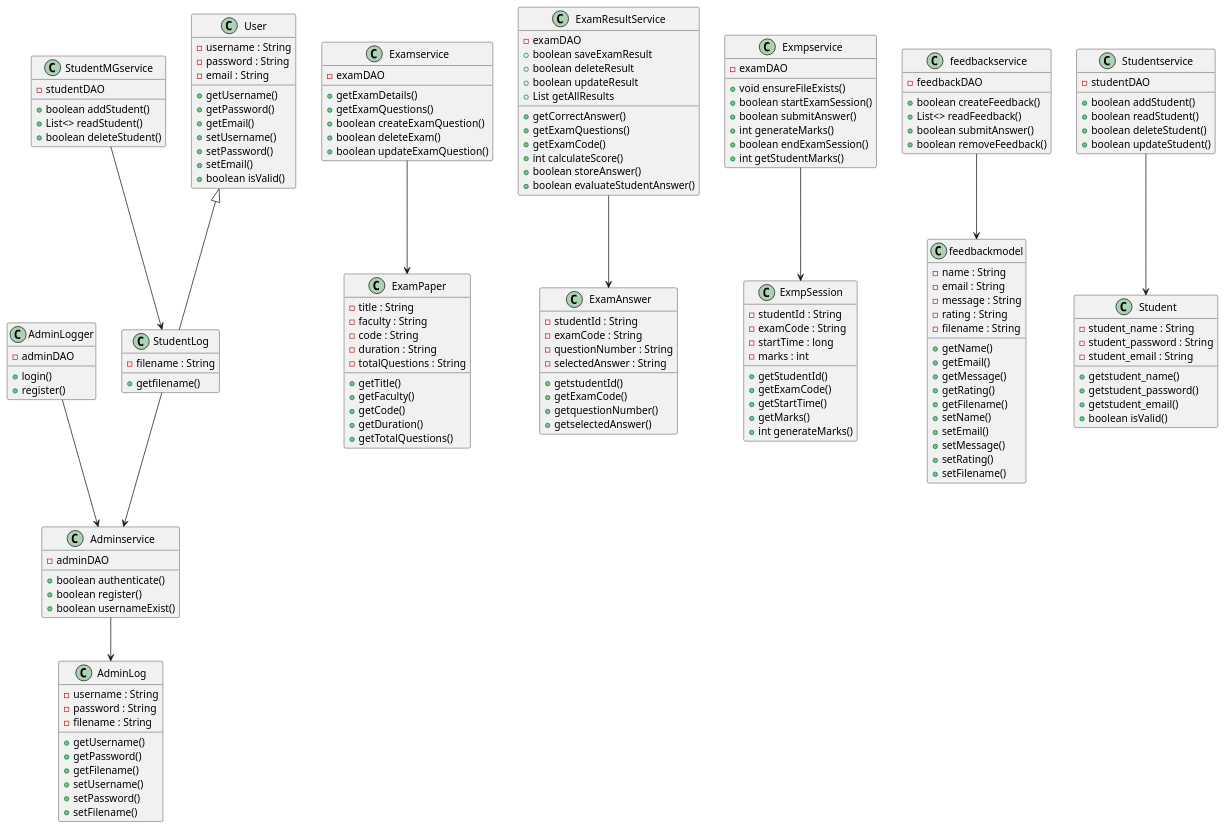
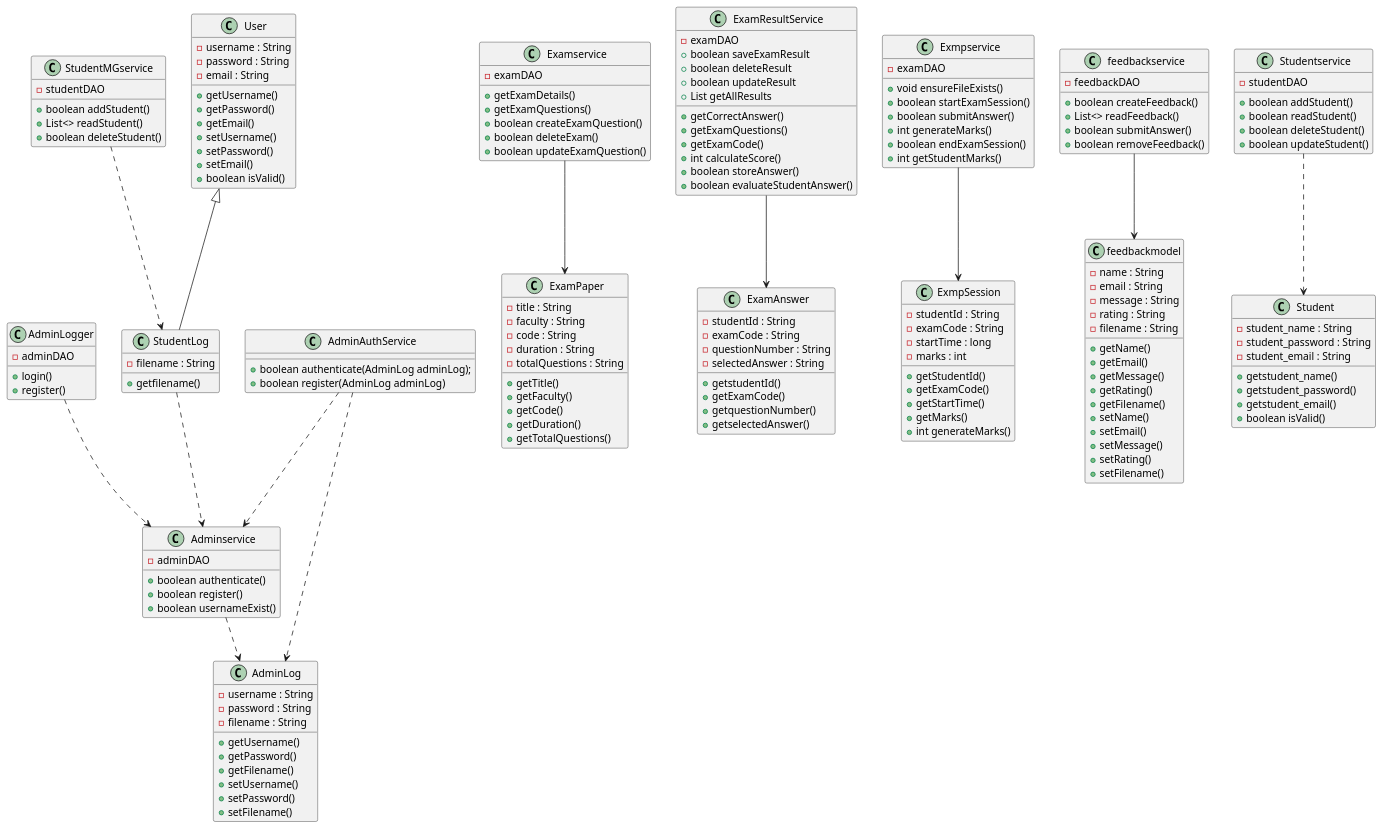
Before and after one commit to Pasindu-Vihanga/online-examination-result-management: the diagram in src/main/java/com/jsp/exam/Class Diagram2.puml, drawn with PlantUML. The commit also changed 3 other files, not shown here.

Commit message:
Class diagram created

```diff
--- a/src/main/java/com/jsp/exam/Class Diagram2.puml
+++ b/src/main/java/com/jsp/exam/Class Diagram2.puml
@@ -1,193 +1,191 @@
 @startuml
-
 ' Service Classes
 class AdminLogger {
   - adminDAO
   + login()
   + register()
 }
-
+class AdminAuthService{
+   + boolean authenticate(AdminLog adminLog);
+   + boolean register(AdminLog adminLog)
+}
 class Adminservice {
   - adminDAO
   + boolean authenticate()
   + boolean register()
   + boolean usernameExist()
 }
 
 class Examservice {
   - examDAO
   + getExamDetails()
   + getExamQuestions()
   + boolean createExamQuestion()
   + boolean deleteExam()
   + boolean updateExamQuestion()
 }
 
 class ExamResultService {
   - examDAO
   + getCorrectAnswer()
   + getExamQuestions()
   + getExamCode()
   + int calculateScore()
   + boolean storeAnswer()
   + boolean evaluateStudentAnswer()
   + boolean saveExamResult
   + boolean deleteResult
   + boolean updateResult
   + List getAllResults
 }
 
 class Exmpservice {
   - examDAO
   + void ensureFileExists()
   + boolean startExamSession()
   + boolean submitAnswer()
   + int generateMarks()
   + boolean endExamSession()
   + int getStudentMarks()
 }
 
 class feedbackservice {
   - feedbackDAO
   + boolean createFeedback()
   + List<> readFeedback()
   + boolean submitAnswer()
   + boolean removeFeedback()
 }
 
 class StudentMGservice {
   - studentDAO
   + boolean addStudent()
   + List<> readStudent()
   + boolean deleteStudent()
 }
 
 class Studentservice {
   - studentDAO
   + boolean addStudent()
   + boolean readStudent()
   + boolean deleteStudent()
   + boolean updateStudent()
 }
 
 ' Model Classes
 class AdminLog {
   - username : String
   - password : String
   - filename : String
   + getUsername()
   + getPassword()
   + getFilename()
   + setUsername()
   + setPassword()
   + setFilename()
 }
 
 class ExamAnswer {
   - studentId : String
   - examCode : String
   - questionNumber : String
   - selectedAnswer : String
   + getstudentId()
   + getExamCode()
   + getquestionNumber()
   + getselectedAnswer()
 }
 
 class StudentLog {
   - filename : String
   + getfilename()
 }
 
 class ExamPaper {
   - title : String
   - faculty : String
   - code : String
   - duration : String
   - totalQuestions : String
   + getTitle()
   + getFaculty()
   + getCode()
   + getDuration()
   + getTotalQuestions()
 }
+
 class ExmpSession {
   - studentId : String
   - examCode : String
   - startTime : long
   - marks : int
   + getStudentId()
   + getExamCode()
   + getStartTime()
   + getMarks()
   + int generateMarks()
 }
+
 class feedbackmodel {
   - name : String
   - email : String
   - message : String
   - rating : String
   - filename : String
   + getName()
   + getEmail()
   + getMessage()
   + getRating()
   + getFilename()
   + setName()
   + setEmail()
   + setMessage()
   + setRating()
   + setFilename()
 }
+
 class Student {
   - student_name : String
   - student_password : String
   - student_email : String
   + getstudent_name()
   + getstudent_password()
   + getstudent_email()
-' Method
   + boolean isValid()
 }
 
 class User {
   - username : String
   - password : String
   - email : String
   + getUsername()
   + getPassword()
   + getEmail()
   + setUsername()
   + setPassword()
   + setEmail()
-' Method
   + boolean isValid()
 }
 
+' Inheritance
+User <|-- StudentLog
+
+' Dependency relationships (dashed arrows)
+Adminservice ..> AdminLog
+AdminLogger ..> Adminservice
+StudentLog ..> Adminservice
+AdminAuthService ..> Adminservice
+AdminAuthService ..> AdminLog
 
 
-User <|-- StudentLog
-
-' Associations
-
-Adminservice --> AdminLog
-AdminLogger --> Adminservice
-StudentLog --> Adminservice
-
-Studentservice --> Student
-'el
-
-StudentMGservice --> StudentLog
-
+Studentservice ..> Student
+StudentMGservice ..> StudentLog
 
 Examservice --> ExamPaper
 
-
 Exmpservice --> ExmpSession
-
 
 ExamResultService --> ExamAnswer
 
-
 feedbackservice --> feedbackmodel
 @enduml
```
